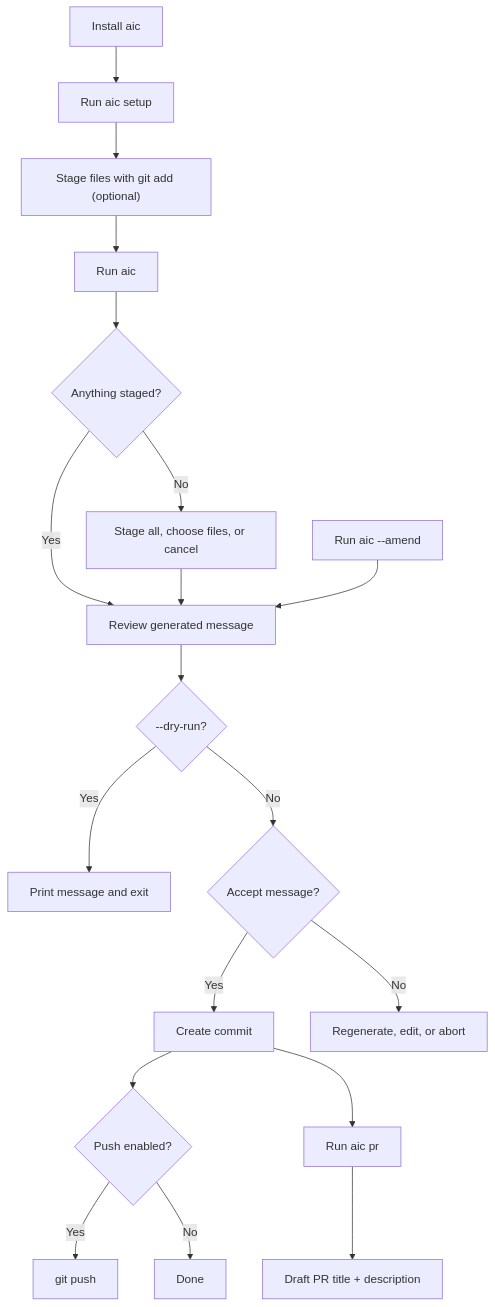
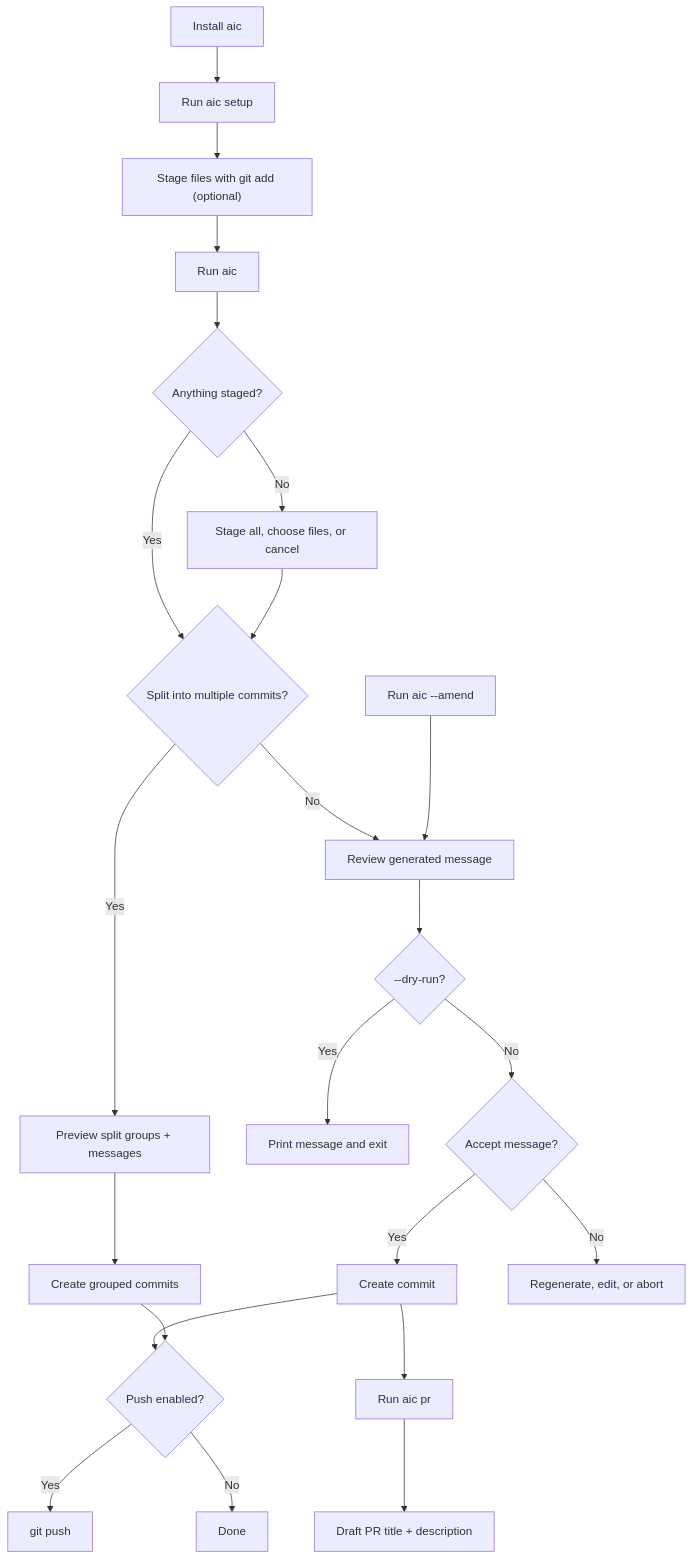
One commit to russmckendrick/aicommit changed the diagram in docs/README.md. Above: the diagram before and after it, drawn with Mermaid. The commit also changed other lines of this file and 21 other files, not shown here.

First line of the commit message:
✨ feat(docs): document ollama support and interactive split commits

````diff
--- a/docs/README.md
+++ b/docs/README.md
@@ -24,21 +24,25 @@
 ```mermaid
 flowchart TD
     A["Install aic"] --> B["Run aic setup"]
     B --> C["Stage files with git add (optional)"]
     C --> D["Run aic"]
     D --> STAGE{"Anything staged?"}
     STAGE -->|No| PICK["Stage all, choose files, or cancel"]
-    STAGE -->|Yes| E["Review generated message"]
-    PICK --> E
+    STAGE -->|Yes| SPLIT{"Split into multiple commits?"}
+    PICK --> SPLIT
+    SPLIT -->|No| E["Review generated message"]
+    SPLIT -->|Yes| SG["Preview split groups + messages"]
+    SG --> GC["Create grouped commits"]
     E --> DRY{"--dry-run?"}
     DRY -->|Yes| PRINT["Print message and exit"]
     DRY -->|No| F{"Accept message?"}
     F -->|Yes| G["Create commit"]
     F -->|No| H["Regenerate, edit, or abort"]
     G --> I{"Push enabled?"}
     I -->|Yes| J["git push"]
     I -->|No| K["Done"]
     G --> PR["Run aic pr"]
     PR --> PRD["Draft PR title + description"]
+    GC --> I
     AMEND["Run aic --amend"] --> E
 ```
````
